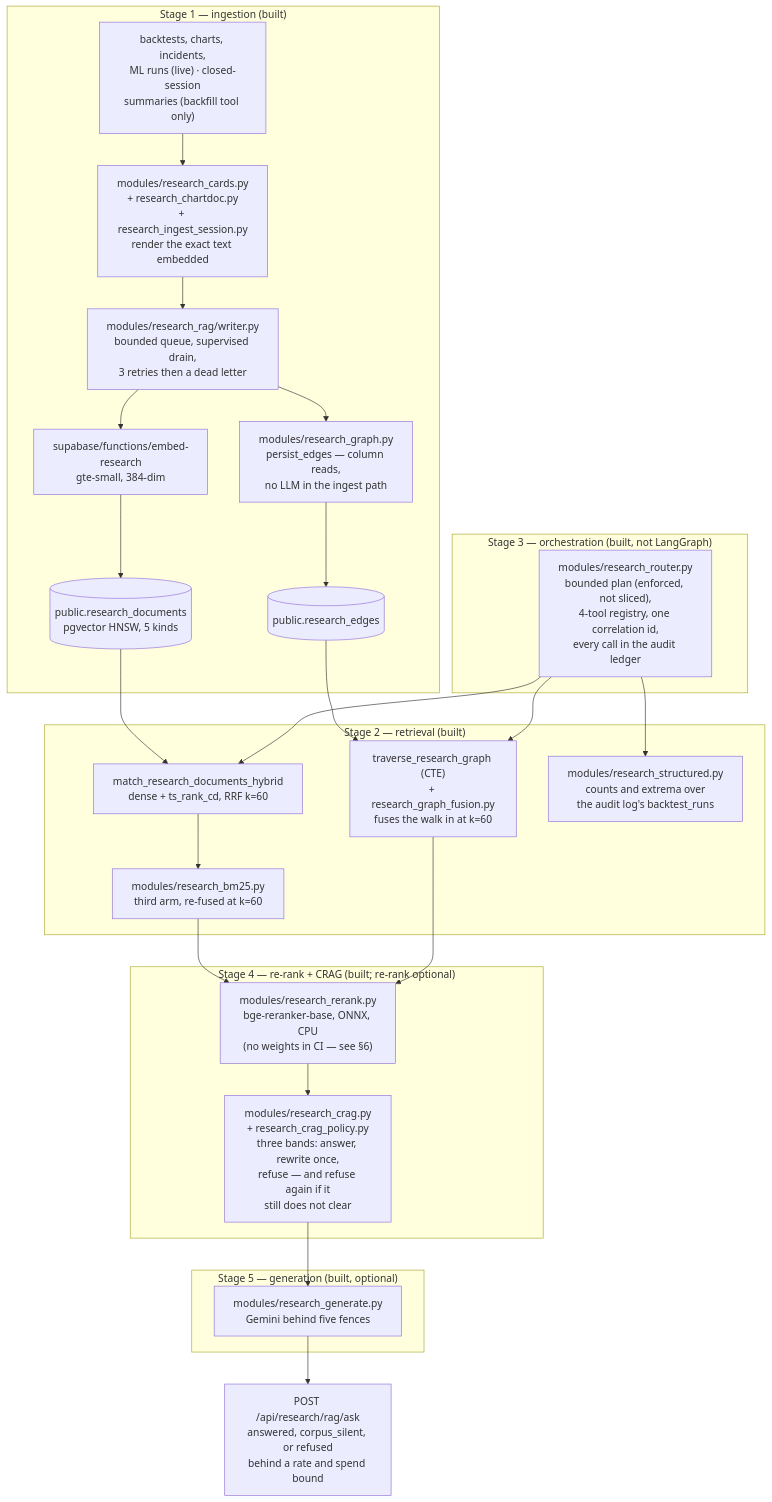
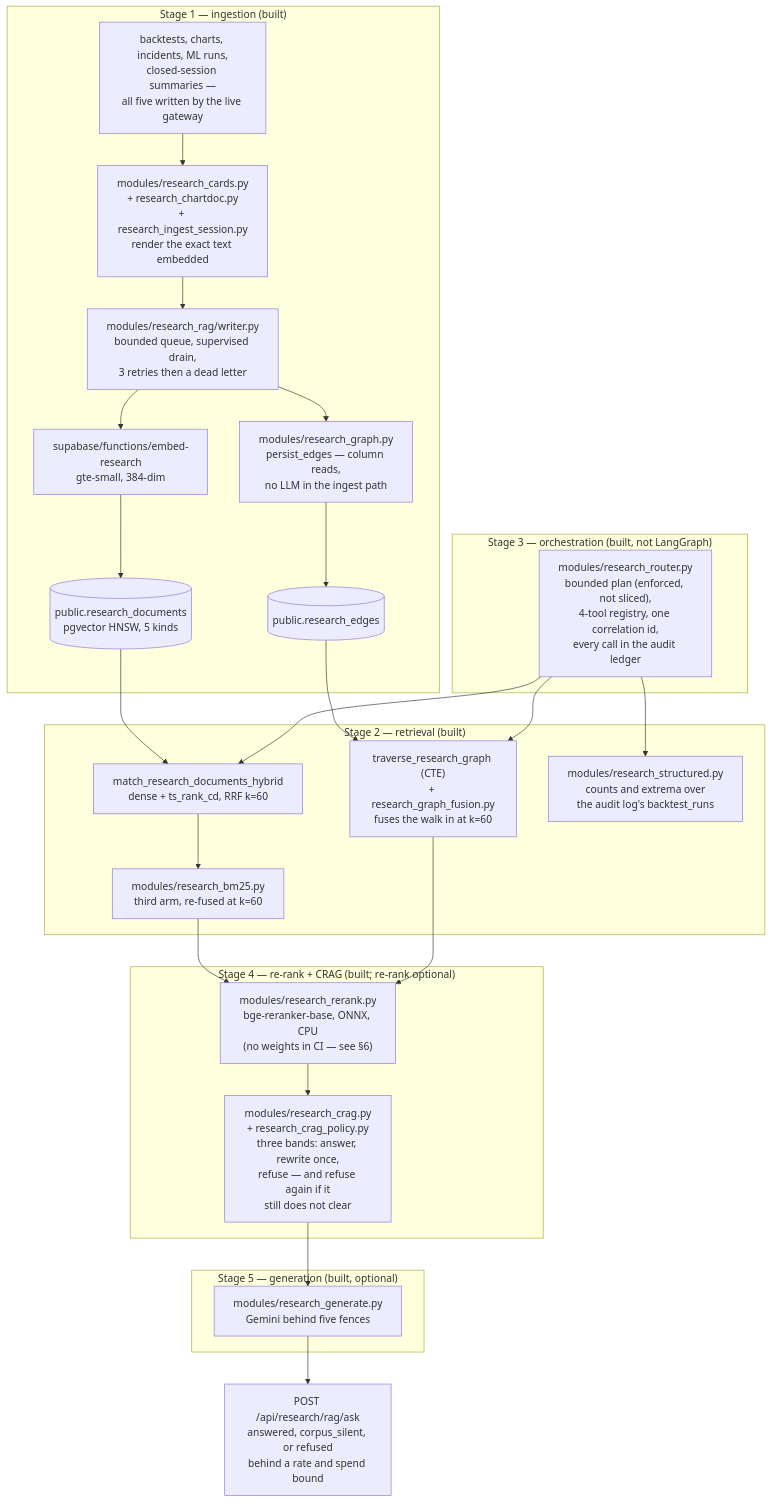
Before and after one commit to Manutd1234/AlphaEngine: the diagram in docs/planning/PRD.md, drawn with Mermaid. The commit also changed other lines of this file and 16 other files, not shown here.

````diff
--- a/docs/planning/PRD.md
+++ b/docs/planning/PRD.md
@@ -53,38 +53,38 @@
 ```mermaid
 flowchart TD
     subgraph S1["Stage 1 — ingestion (built)"]
-        AUDIT["backtests, charts, incidents,<br/>ML runs (live) · closed-session<br/>summaries (backfill tool only)"] --> CARDS["modules/research_cards.py<br/>+ research_chartdoc.py<br/>+ research_ingest_session.py<br/>render the exact text embedded"]
+        AUDIT["backtests, charts, incidents, ML runs,<br/>closed-session summaries —<br/>all five written by the live gateway"] --> CARDS["modules/research_cards.py<br/>+ research_chartdoc.py<br/>+ research_ingest_session.py<br/>render the exact text embedded"]
         CARDS --> WRITER["modules/research_rag/writer.py<br/>bounded queue, supervised drain,<br/>3 retries then a dead letter"]
         WRITER --> EMBED["supabase/functions/embed-research<br/>gte-small, 384-dim"]
         EMBED --> PG[("public.research_documents<br/>pgvector HNSW, 5 kinds")]
         WRITER --> EDGES["modules/research_graph.py<br/>persist_edges — column reads,<br/>no LLM in the ingest path"]
         EDGES --> PGE[("public.research_edges")]
     end
     subgraph S3["Stage 3 — orchestration (built, not LangGraph)"]
         ROUTER["modules/research_router.py<br/>bounded plan (enforced, not sliced),<br/>4-tool registry, one correlation id,<br/>every call in the audit ledger"]
     end
     subgraph S2["Stage 2 — retrieval (built)"]
         HYBRID["match_research_documents_hybrid<br/>dense + ts_rank_cd, RRF k=60"]
         BM25["modules/research_bm25.py<br/>third arm, re-fused at k=60"]
         GRAPH["traverse_research_graph (CTE)<br/>+ research_graph_fusion.py<br/>fuses the walk in at k=60"]
         STRUCT["modules/research_structured.py<br/>counts and extrema over<br/>the audit log's backtest_runs"]
         HYBRID --> BM25
     end
     subgraph S4["Stage 4 — re-rank + CRAG (built; re-rank optional)"]
         RERANK["modules/research_rerank.py<br/>bge-reranker-base, ONNX, CPU<br/>(no weights in CI — see §6)"]
         CRAG["modules/research_crag.py<br/>+ research_crag_policy.py<br/>three bands: answer, rewrite once,<br/>refuse — and refuse again if it<br/>still does not clear"]
         RERANK --> CRAG
     end
     subgraph S5["Stage 5 — generation (built, optional)"]
         GEN["modules/research_generate.py<br/>Gemini behind five fences"]
     end
     PG --> HYBRID
     PGE --> GRAPH
     ROUTER --> HYBRID
     ROUTER --> GRAPH
     ROUTER --> STRUCT
     BM25 --> RERANK
     GRAPH --> RERANK
     CRAG --> GEN
     GEN --> ANSWER["POST /api/research/rag/ask<br/>answered, corpus_silent, or refused<br/>behind a rate and spend bound"]
 ```
````
